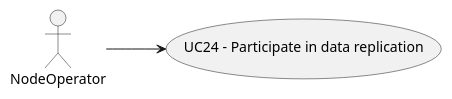
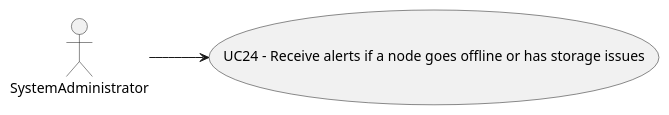
One commit to joaotorres28/ParticularProject changed the diagram in docs/Global_Artifacts/Design/Level1/Uc_Folder/UC24/UC24.puml. Above: the diagram before and after it, drawn with PlantUML. The commit also changed 25 other files, not shown here.

```diff
--- a/docs/Global_Artifacts/Design/Level1/Uc_Folder/UC24/UC24.puml
+++ b/docs/Global_Artifacts/Design/Level1/Uc_Folder/UC24/UC24.puml
@@ -1,9 +1,9 @@
 @startuml
 
 left to right direction
-actor NodeOperator
+actor SystemAdministrator
 
-usecase UC24 as "UC24 - Participate in data replication"
-NodeOperator --> UC24
+usecase UC24 as "UC24 - Receive alerts if a node goes offline or has storage issues"
+SystemAdministrator --> UC24
 
 @enduml
```
